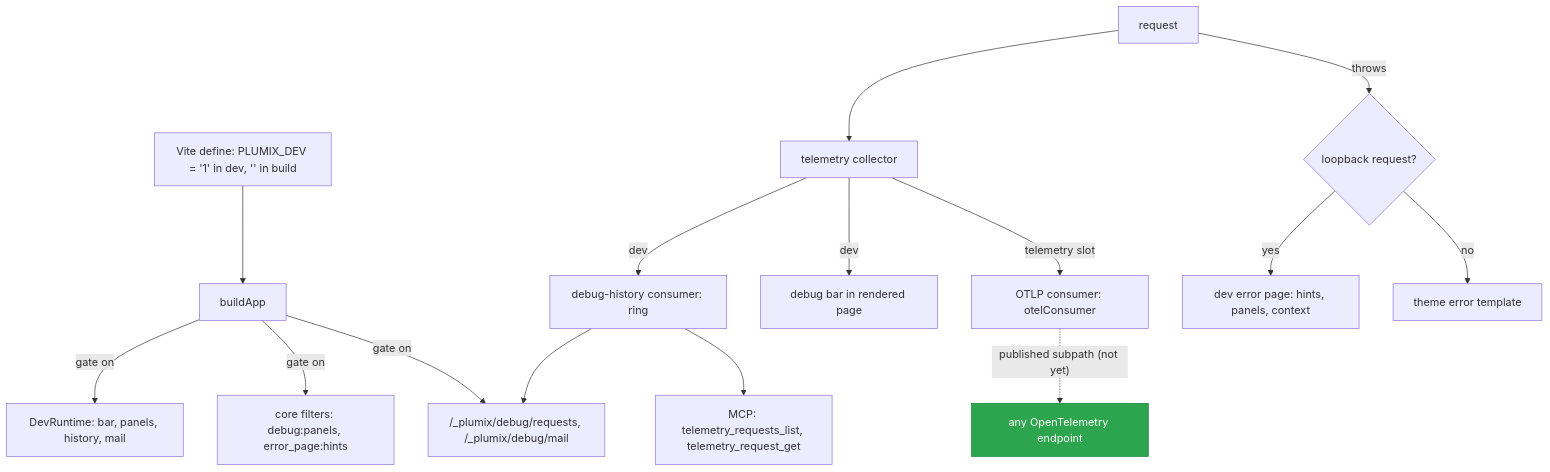
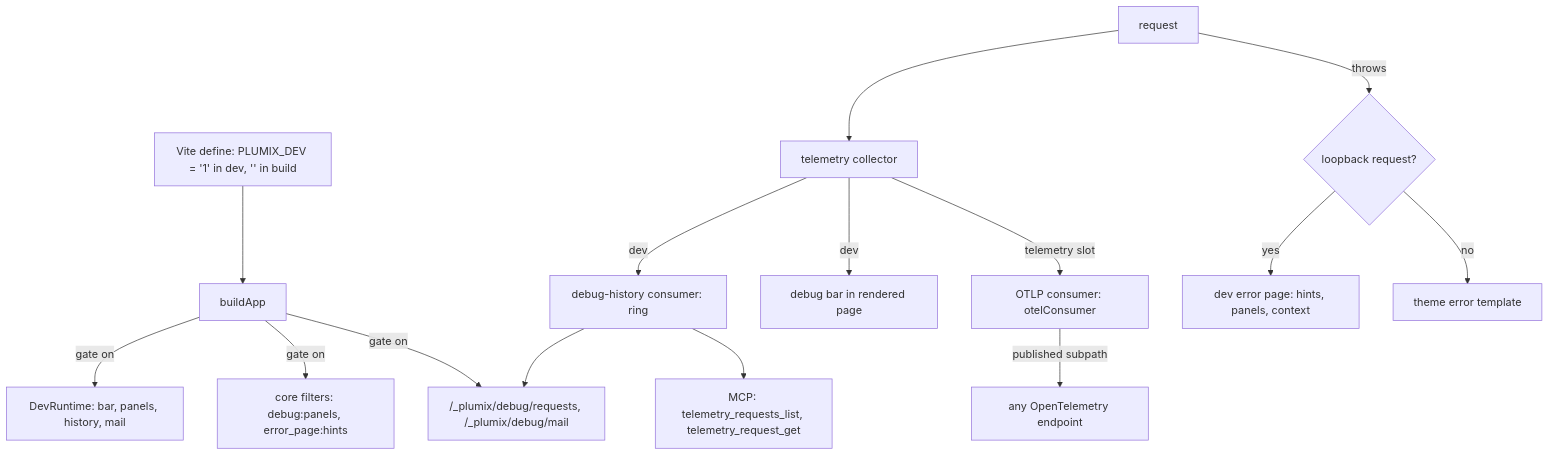
The diagram in docs/architecture/dev-tooling.md (withplumix/plumix), drawn with Mermaid before and after one commit. The commit also changed other lines of this file and 23 other files, not shown here.

````diff
--- a/docs/architecture/dev-tooling.md
+++ b/docs/architecture/dev-tooling.md
@@ -7,19 +7,17 @@
 ```mermaid
 flowchart TD
   V["Vite define: PLUMIX_DEV = '1' in dev, '' in build"] --> B[buildApp]
   B -->|gate on| DR["DevRuntime: bar, panels, history, mail"]
   B -->|gate on| F["core filters: debug:panels, error_page:hints"]
   B -->|gate on| R["/_plumix/debug/requests, /_plumix/debug/mail"]
   Q[request] --> T[telemetry collector]
   T -->|dev| H["debug-history consumer: ring"]
   T -->|dev| Bar["debug bar in rendered page"]
   T -->|"telemetry slot"| O["OTLP consumer: otelConsumer"]
-  O -. "published subpath (not yet)" .-> Sink["any OpenTelemetry endpoint"]
+  O -- "published subpath" --> Sink["any OpenTelemetry endpoint"]
   Q -->|throws| E{"loopback request?"}
   E -->|yes| EP["dev error page: hints, panels, context"]
   E -->|no| TE["theme error template"]
   H --> R
   H --> M["MCP: telemetry_requests_list, telemetry_request_get"]
-  class Sink goal
-  classDef goal fill:#2da44e,stroke:#1a7f37,color:#fff
 ```
````
